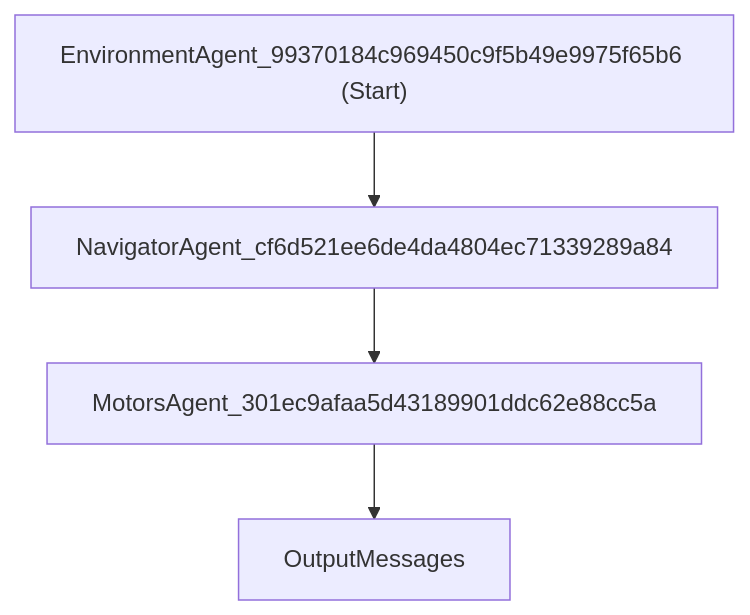
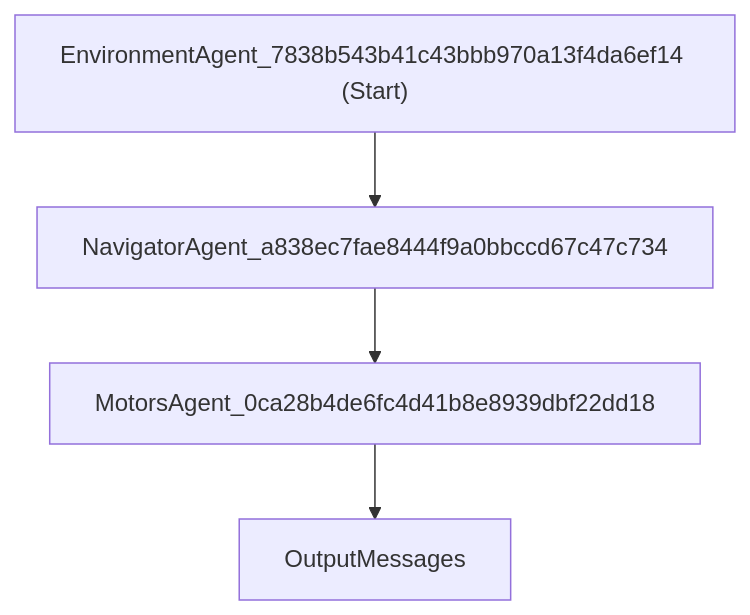
One commit to dcostea/AgentFrameworkBook changed the diagram in 12.AgentsOrchestration/SequentialOrchestrationAsPipeline/workflow.md. Above: the diagram before and after it, drawn with Mermaid. The commit also changed 2 other files, not shown here.

Commit message:
Fixes for realising chapter 12.

````diff
--- a/12.AgentsOrchestration/SequentialOrchestrationAsPipeline/workflow.md
+++ b/12.AgentsOrchestration/SequentialOrchestrationAsPipeline/workflow.md
@@ -3,10 +3,10 @@
 ```mermaid
 flowchart TD
-  EnvironmentAgent_99370184c969450c9f5b49e9975f65b6["EnvironmentAgent_99370184c969450c9f5b49e9975f65b6 (Start)"];
-  NavigatorAgent_cf6d521ee6de4da4804ec71339289a84["NavigatorAgent_cf6d521ee6de4da4804ec71339289a84"];
-  MotorsAgent_301ec9afaa5d43189901ddc62e88cc5a["MotorsAgent_301ec9afaa5d43189901ddc62e88cc5a"];
+  EnvironmentAgent_7838b543b41c43bbb970a13f4da6ef14["EnvironmentAgent_7838b543b41c43bbb970a13f4da6ef14 (Start)"];
+  NavigatorAgent_a838ec7fae8444f9a0bbccd67c47c734["NavigatorAgent_a838ec7fae8444f9a0bbccd67c47c734"];
+  MotorsAgent_0ca28b4de6fc4d41b8e8939dbf22dd18["MotorsAgent_0ca28b4de6fc4d41b8e8939dbf22dd18"];
   OutputMessages["OutputMessages"];
-  EnvironmentAgent_99370184c969450c9f5b49e9975f65b6 --> NavigatorAgent_cf6d521ee6de4da4804ec71339289a84;
-  NavigatorAgent_cf6d521ee6de4da4804ec71339289a84 --> MotorsAgent_301ec9afaa5d43189901ddc62e88cc5a;
-  MotorsAgent_301ec9afaa5d43189901ddc62e88cc5a --> OutputMessages;
+  EnvironmentAgent_7838b543b41c43bbb970a13f4da6ef14 --> NavigatorAgent_a838ec7fae8444f9a0bbccd67c47c734;
+  NavigatorAgent_a838ec7fae8444f9a0bbccd67c47c734 --> MotorsAgent_0ca28b4de6fc4d41b8e8939dbf22dd18;
+  MotorsAgent_0ca28b4de6fc4d41b8e8939dbf22dd18 --> OutputMessages;
 ```
````
